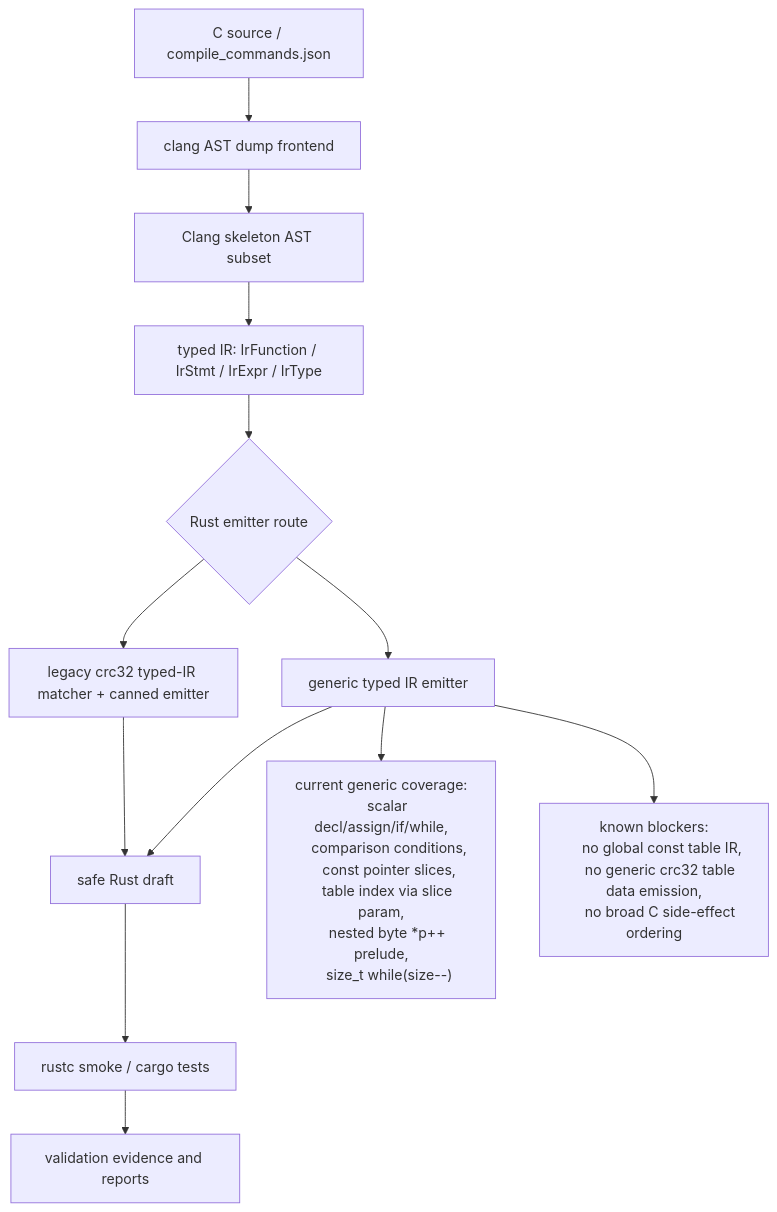
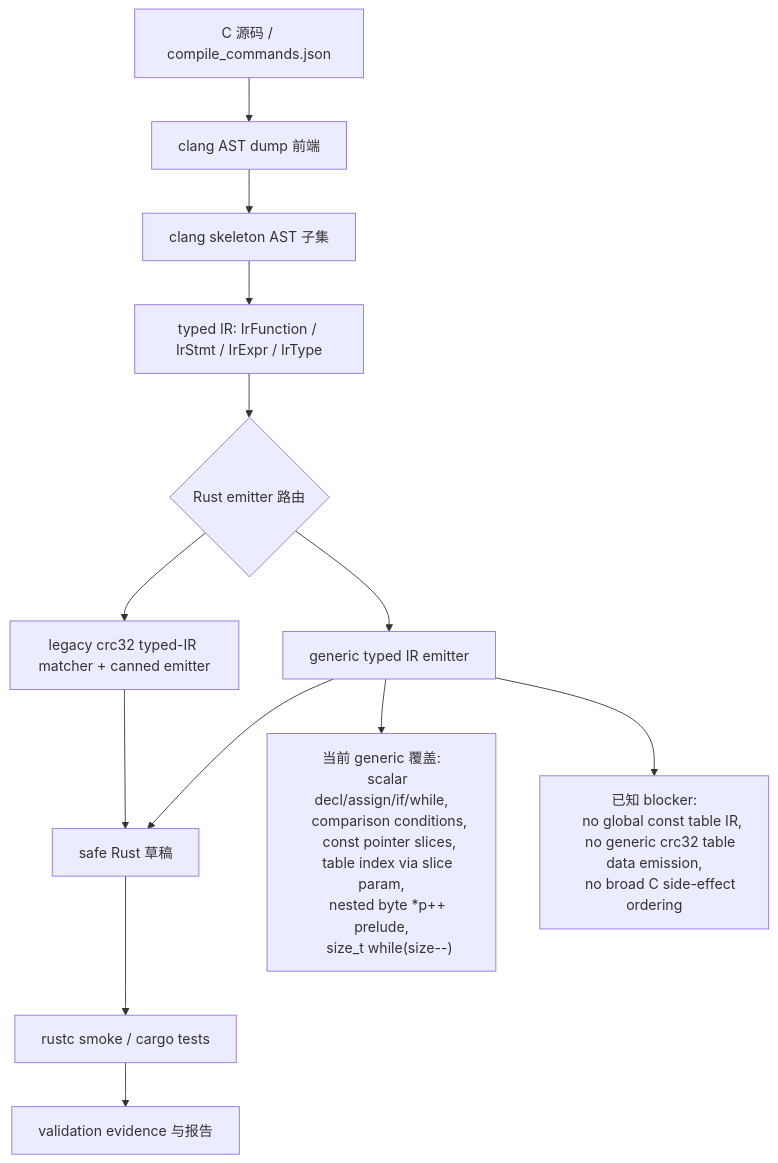
Before and after one commit to guoqihan342-svg/c-to-rust: the diagram in docs/c2rust-migration-agent/core-translation-architecture.md, drawn with Mermaid. The commit also changed other lines of this file and 4 other files, not shown here.

Commit message:
Add bilingual core architecture docs

````diff
--- a/docs/c2rust-migration-agent/core-translation-architecture.md
+++ b/docs/c2rust-migration-agent/core-translation-architecture.md
@@ -7,25 +7,25 @@
 ```mermaid
 flowchart TD
-    C["C source / compile_commands.json"] --> Clang["clang AST dump frontend"]
-    Clang --> Skeleton["Clang skeleton AST subset"]
+    C["C 源码 / compile_commands.json"] --> Clang["clang AST dump 前端"]
+    Clang --> Skeleton["clang skeleton AST 子集"]
     Skeleton --> IR["typed IR: IrFunction / IrStmt / IrExpr / IrType"]
-    IR --> Emitter{"Rust emitter route"}
+    IR --> Emitter{"Rust emitter 路由"}
     Emitter --> Generic["generic typed IR emitter"]
     Emitter --> Canned["legacy crc32 typed-IR matcher + canned emitter"]
-    Generic --> Rust["safe Rust draft"]
+    Generic --> Rust["safe Rust 草稿"]
     Canned --> Rust
     Rust --> Rustc["rustc smoke / cargo tests"]
-    Rustc --> Evidence["validation evidence and reports"]
+    Rustc --> Evidence["validation evidence 与报告"]
 
-    Generic --> Supported["current generic coverage:
+    Generic --> Supported["当前 generic 覆盖:
     scalar decl/assign/if/while,
     comparison conditions,
     const pointer slices,
     table index via slice param,
     nested byte *p++ prelude,
     size_t while(size--)"]
-    Generic --> Blocked["known blockers:
+    Generic --> Blocked["已知 blocker:
     no global const table IR,
     no generic crc32 table data emission,
     no broad C side-effect ordering"]
 ```
````
